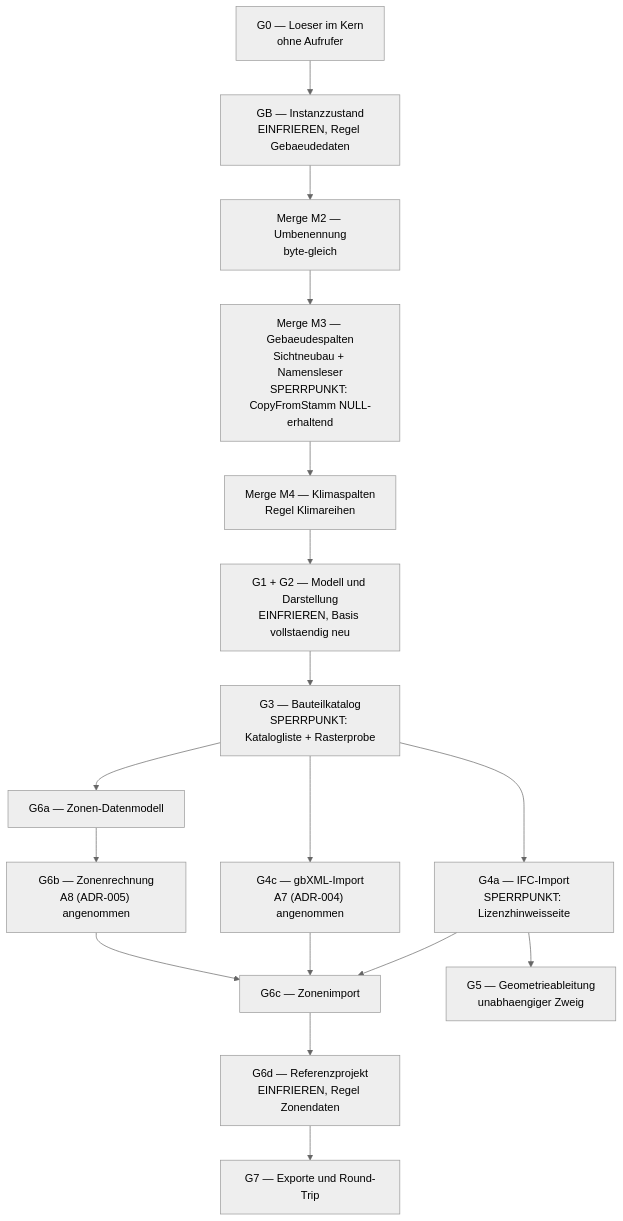
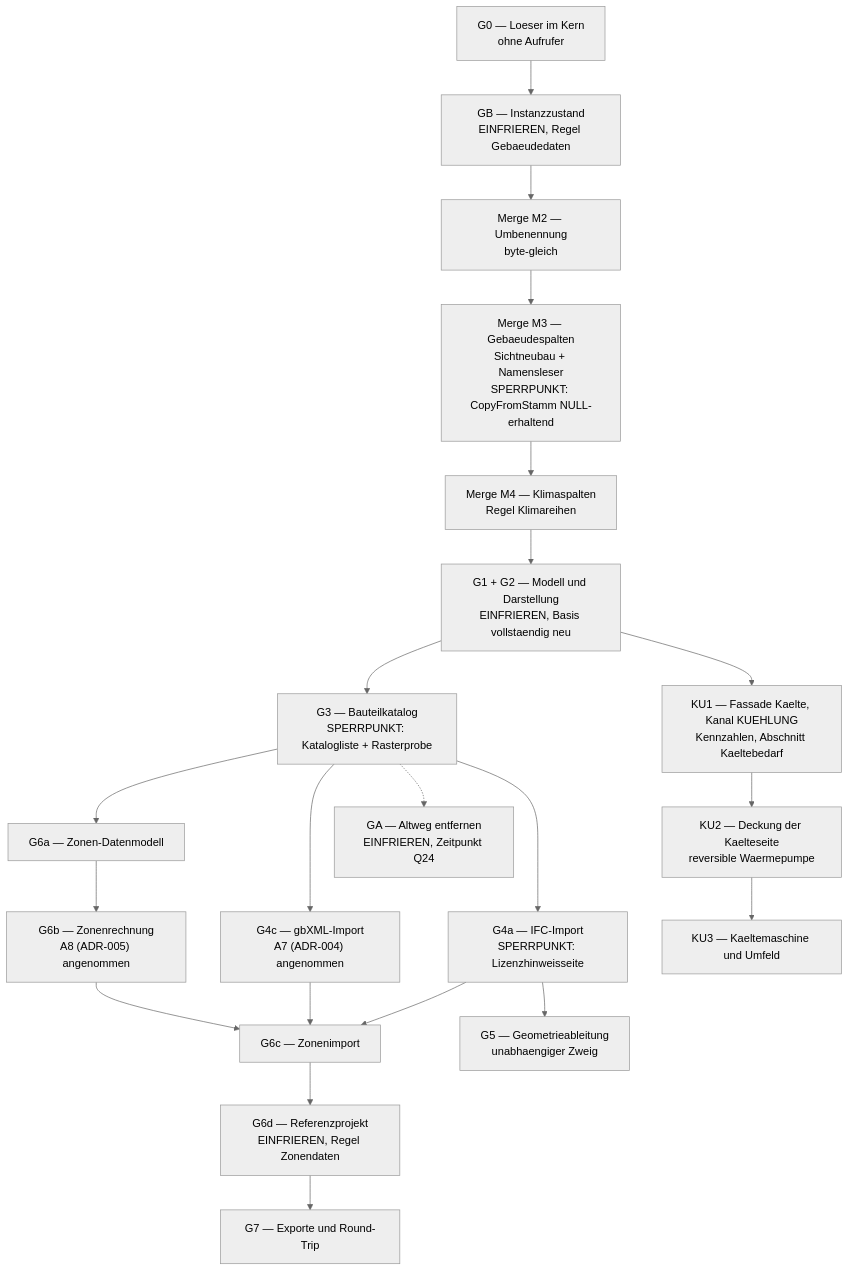
One commit to inekon/EPOS-Plan changed diagram 16 of 16 in Dokumentation/aktuell/Softwarearchitektur_Gebaeudesimulation_EPOS-Plan.md. Above: the diagram before and after it, drawn with Mermaid (neutral theme). The commit also changed other lines of this file and 13 other files, not shown here.

````diff
--- a/Dokumentation/aktuell/Softwarearchitektur_Gebaeudesimulation_EPOS-Plan.md
+++ b/Dokumentation/aktuell/Softwarearchitektur_Gebaeudesimulation_EPOS-Plan.md
@@ -1889,19 +1992,23 @@
 ```mermaid
 flowchart TB
   G0["G0 — Loeser im Kern<br/>ohne Aufrufer"] --> GB["GB — Instanzzustand<br/>EINFRIEREN, Regel Gebaeudedaten"]
   GB --> M2["Merge M2 — Umbenennung<br/>byte-gleich"]
   M2 --> M3["Merge M3 — Gebaeudespalten<br/>Sichtneubau + Namensleser<br/>SPERRPUNKT: CopyFromStamm NULL-erhaltend"]
   M3 --> M4["Merge M4 — Klimaspalten<br/>Regel Klimareihen"]
   M4 --> G12["G1 + G2 — Modell und Darstellung<br/>EINFRIEREN, Basis vollstaendig neu"]
   G12 --> G3["G3 — Bauteilkatalog<br/>SPERRPUNKT: Katalogliste + Rasterprobe"]
   G3 --> G4A["G4a — IFC-Import<br/>SPERRPUNKT: Lizenzhinweisseite"]
   G3 --> G4C["G4c — gbXML-Import<br/>A7 (ADR-004) angenommen"]
   G3 --> G6A["G6a — Zonen-Datenmodell"]
   G4A --> G6C
   G4C --> G6C
   G6A --> G6B["G6b — Zonenrechnung<br/>A8 (ADR-005) angenommen"]
   G6B --> G6C["G6c — Zonenimport"]
   G6C --> G6D["G6d — Referenzprojekt<br/>EINFRIEREN, Regel Zonendaten"]
   G6D --> G7["G7 — Exporte und Round-Trip"]
   G4A --> G5["G5 — Geometrieableitung<br/>unabhaengiger Zweig"]
+  G12 --> KU1["KU1 — Fassade Kaelte, Kanal KUEHLUNG<br/>Kennzahlen, Abschnitt Kaeltebedarf"]
+  KU1 --> KU2["KU2 — Deckung der Kaelteseite<br/>reversible Waermepumpe"]
+  KU2 --> KU3["KU3 — Kaeltemaschine und Umfeld"]
+  G3 -.-> GA["GA — Altweg entfernen<br/>EINFRIEREN, Zeitpunkt Q24"]
 ```
````
